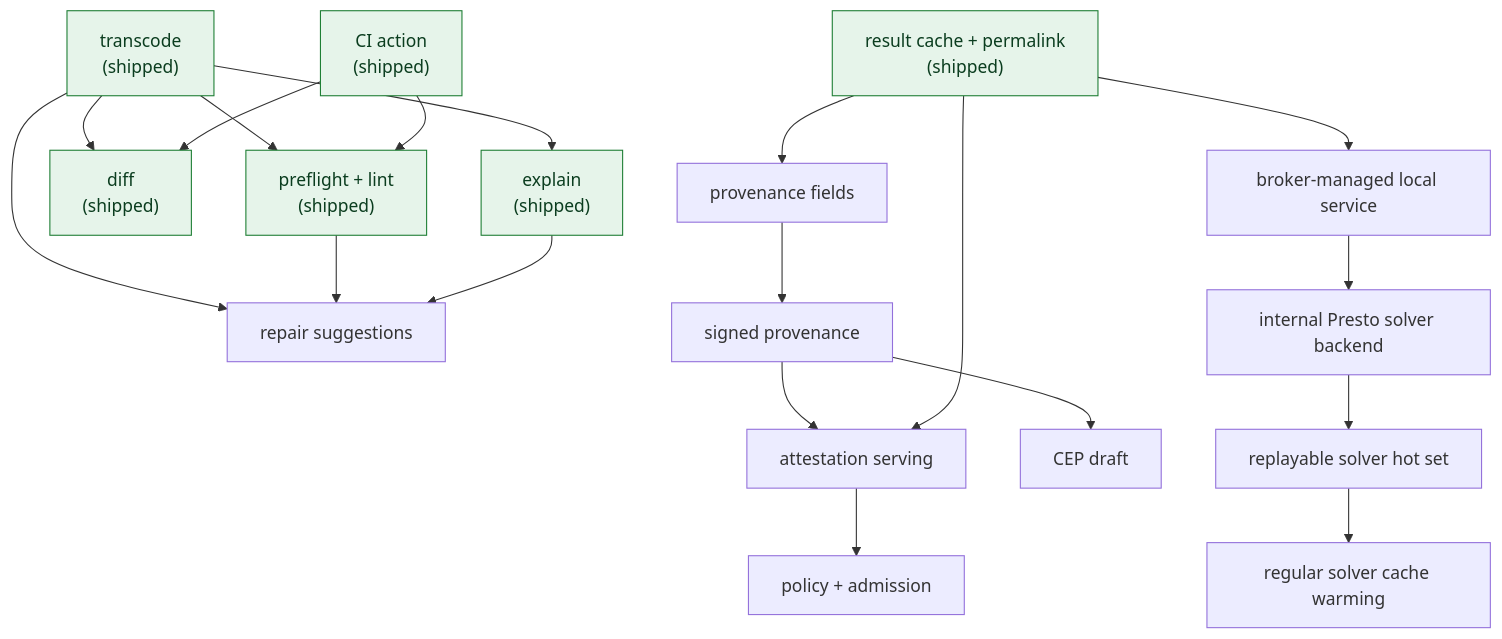
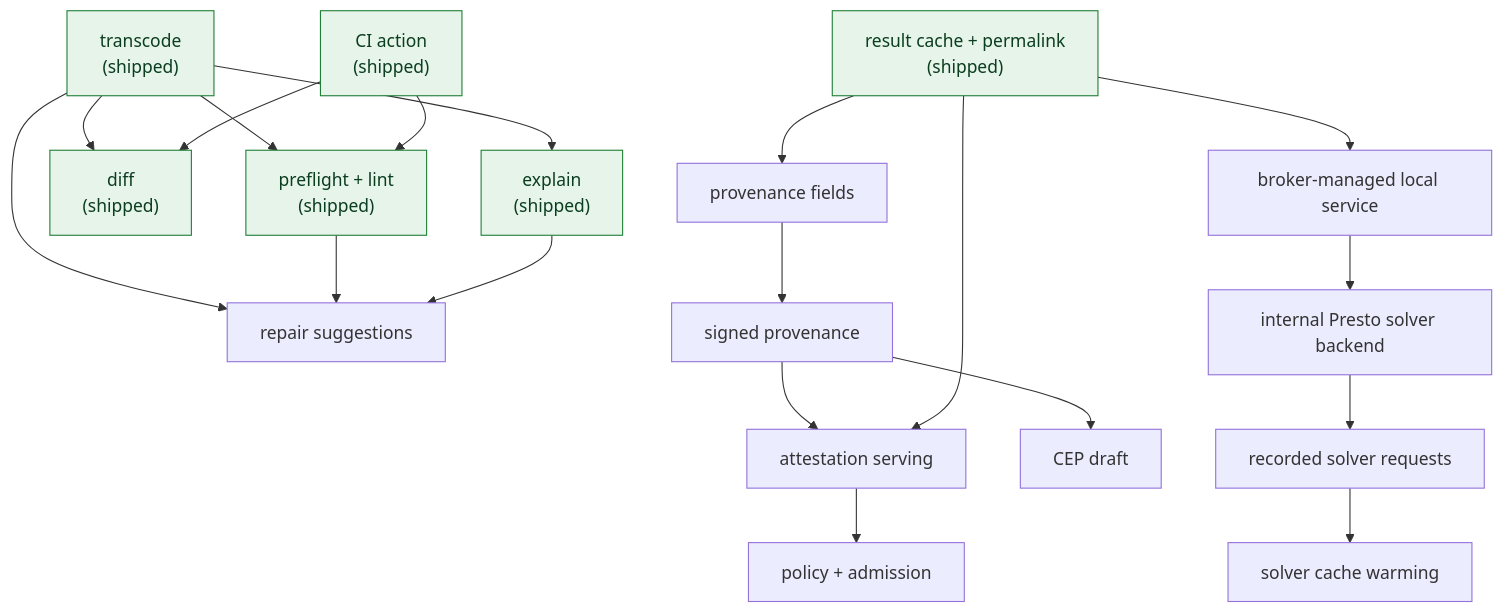
One commit to jezdez/conda-presto changed the diagram in docs/proposals.md. Above: the diagram before and after it, drawn with Mermaid. The commit also changed other lines of this file and 12 other files, not shown here.

Commit message:
Use literal cache-warming terminology

````diff
--- a/docs/proposals.md
+++ b/docs/proposals.md
@@ -71,24 +71,24 @@
 ```{mermaid}
 graph TD
     T["transcode\n(shipped)"] --> PF["preflight + lint\n(shipped)"]
     T --> RPR["repair suggestions"]
     T --> D["diff\n(shipped)"]
     T --> E["explain\n(shipped)"]
     P["result cache + permalink\n(shipped)"] --> PV["provenance fields"]
     P --> B["broker-managed local service"]
     B --> FS["internal Presto solver backend"]
-    FS --> HS["replayable solver hot set"]
-    HS --> CW["regular solver cache warming"]
+    FS --> WC["recorded solver requests"]
+    WC --> CW["solver cache warming"]
     PF --> RPR
     E --> RPR
     PV --> A["signed provenance"]
     A --> CEP["CEP draft"]
     A --> S["attestation serving"]
     P --> S
     S --> AD["policy + admission"]
     GH["CI action\n(shipped)"] --> PF
     GH --> D
 
     classDef shipped fill:#e6f4ea,stroke:#1e7e34,color:#0b3d1f;
     class T,P,GH,PF,D,E shipped;
 ```
````
